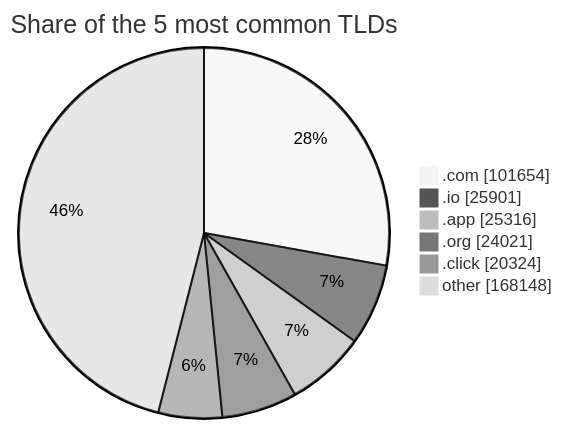
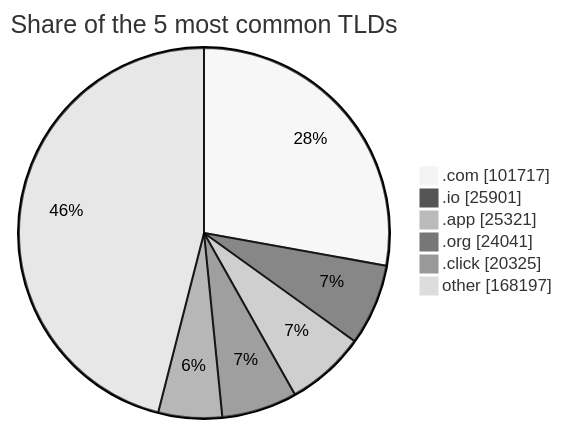
One commit to DNSBunker/CTI changed the third of 3 diagrams in README.md. Above: the diagram before and after it, drawn with Mermaid (neutral theme). The commit also changed other lines of this file and 3 other files, not shown here.

````diff
--- a/README.md
+++ b/README.md
@@ -81,9 +81,9 @@
 ```mermaid
 pie showData title Share of the 5 most common TLDs
-    ".com" : 101654
+    ".com" : 101717
     ".io" : 25901
-    ".app" : 25316
-    ".org" : 24021
-    ".click" : 20324
-    "other" : 168148
+    ".app" : 25321
+    ".org" : 24041
+    ".click" : 20325
+    "other" : 168197
 ```
````
